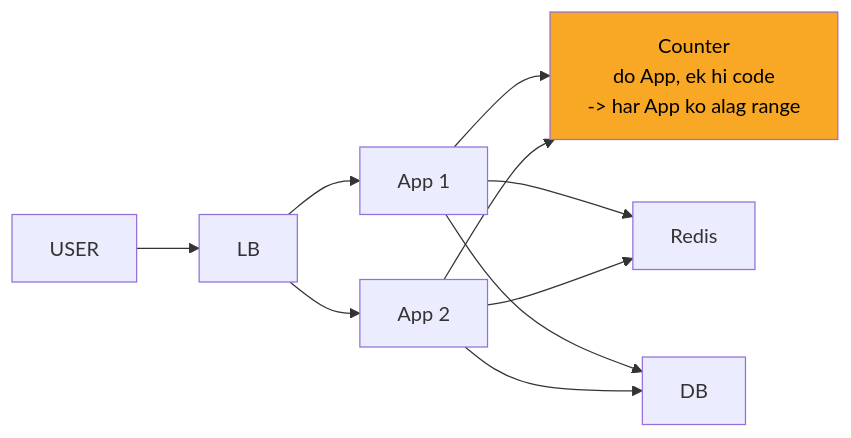
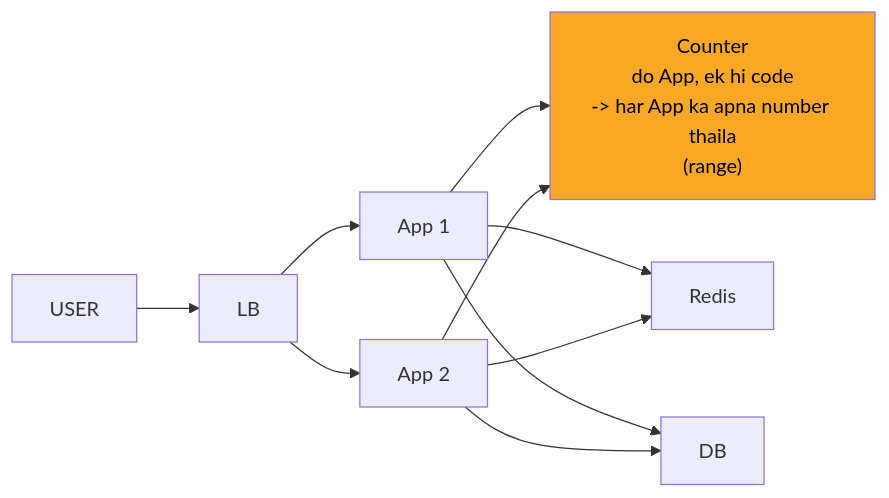
Before and after one commit to ArpanMaheshwari144/Prep: the fourth of 10 diagrams in 04_HLD/SYSTEM_DESIGNS/01_url_shortener/01_url_shortener.md, drawn with Mermaid. The commit also changed other lines of this file and 13 other files, not shown here.

````diff
--- a/04_HLD/SYSTEM_DESIGNS/01_url_shortener/01_url_shortener.md
+++ b/04_HLD/SYSTEM_DESIGNS/01_url_shortener/01_url_shortener.md
@@ -182,20 +182,20 @@
 ```mermaid
 flowchart LR
     n_USER["USER"]
     n_LB["LB"]
     n_App_x_N_1["App 1"]
     n_App_x_N_2["App 2"]
-    n_Counter["Counter<br/>do App, ek hi code<br/>-> har App ko alag range"]
+    n_Counter["Counter<br/>do App, ek hi code<br/>-> har App ka apna number thaila<br/>(range)"]
     n_Redis["Redis"]
     n_DB["DB"]
     n_USER --> n_LB
     n_LB --> n_App_x_N_1
     n_LB --> n_App_x_N_2
     n_App_x_N_1 --> n_Counter
     n_App_x_N_2 --> n_Counter
     n_App_x_N_1 --> n_Redis
     n_App_x_N_2 --> n_Redis
     n_App_x_N_1 --> n_DB
     n_App_x_N_2 --> n_DB
     style n_Counter fill:#f9a825,color:#000
 ```
````
